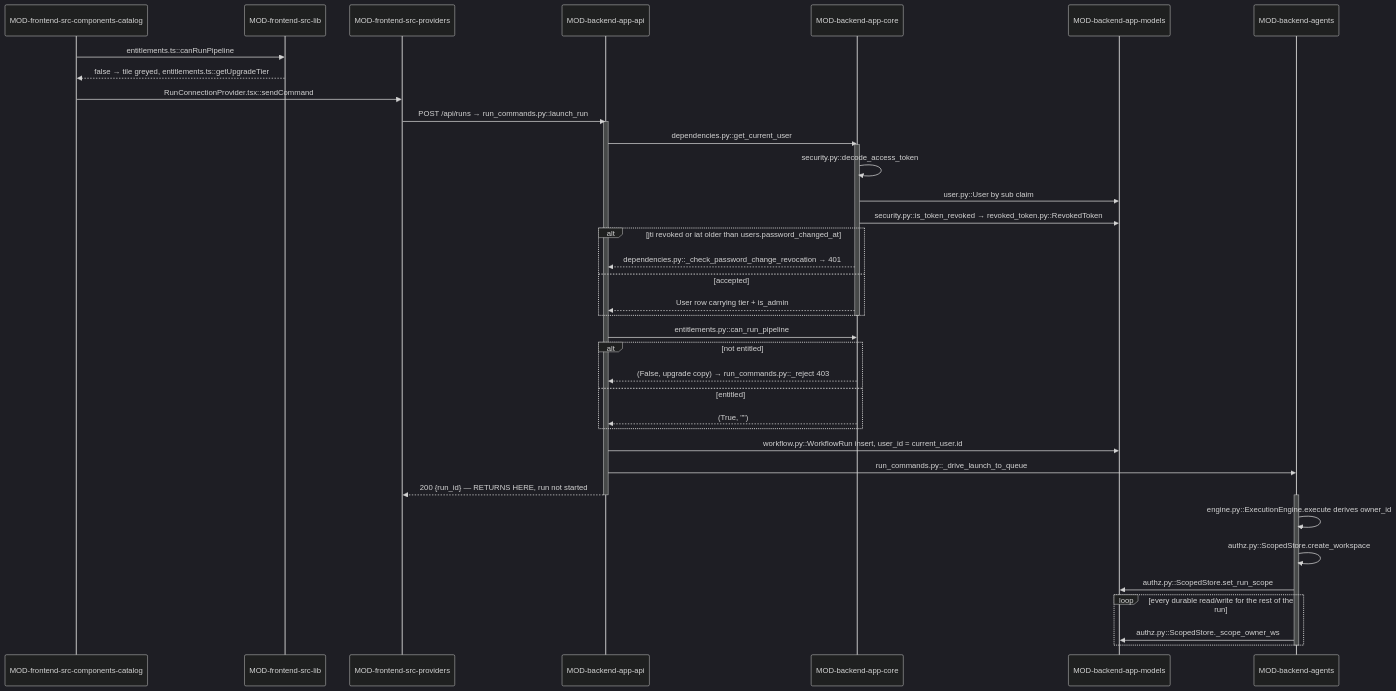
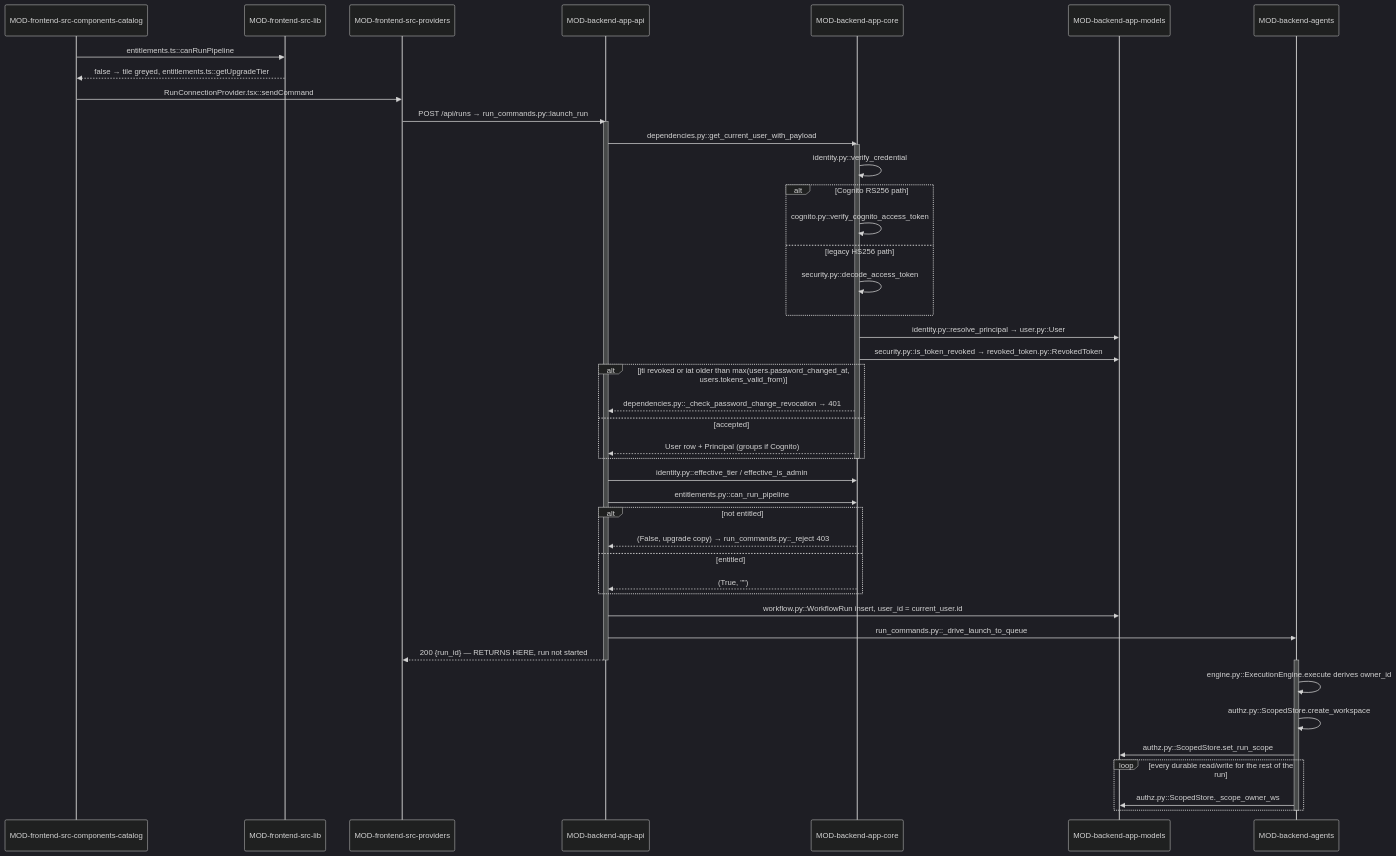
Before and after one commit to prateek-sinha7/IdeaFlowAI: the second of 2 diagrams in .knowledge/architecture/DOMAIN-auth-and-entitlements.md, drawn with Mermaid (dark theme). The commit also changed other lines of this file and 43 other files, not shown here.

First line of the commit message:
knowledge: reconcile with dev merge — sync, diagrams, card renumbering

````diff
--- a/.knowledge/architecture/DOMAIN-auth-and-entitlements.md
+++ b/.knowledge/architecture/DOMAIN-auth-and-entitlements.md
@@ -216,45 +226,51 @@
 ```mermaid
 sequenceDiagram
     participant MOD-frontend-src-components-catalog
     participant MOD-frontend-src-lib
     participant MOD-frontend-src-providers
     participant MOD-backend-app-api
     participant MOD-backend-app-core
     participant MOD-backend-app-models
     participant MOD-backend-agents
 
     MOD-frontend-src-components-catalog->>MOD-frontend-src-lib: entitlements.ts::canRunPipeline
     MOD-frontend-src-lib-->>MOD-frontend-src-components-catalog: false → tile greyed, entitlements.ts::getUpgradeTier
     MOD-frontend-src-components-catalog->>MOD-frontend-src-providers: RunConnectionProvider.tsx::sendCommand
     MOD-frontend-src-providers->>MOD-backend-app-api: POST /api/runs → run_commands.py::launch_run
     activate MOD-backend-app-api
-    MOD-backend-app-api->>MOD-backend-app-core: dependencies.py::get_current_user
+    MOD-backend-app-api->>MOD-backend-app-core: dependencies.py::get_current_user_with_payload
     activate MOD-backend-app-core
-    MOD-backend-app-core->>MOD-backend-app-core: security.py::decode_access_token
-    MOD-backend-app-core->>MOD-backend-app-models: user.py::User by sub claim
+    MOD-backend-app-core->>MOD-backend-app-core: identity.py::verify_credential
+    alt Cognito RS256 path
+        MOD-backend-app-core->>MOD-backend-app-core: cognito.py::verify_cognito_access_token
+    else legacy HS256 path
+        MOD-backend-app-core->>MOD-backend-app-core: security.py::decode_access_token
+    end
+    MOD-backend-app-core->>MOD-backend-app-models: identity.py::resolve_principal → user.py::User
     MOD-backend-app-core->>MOD-backend-app-models: security.py::is_token_revoked → revoked_token.py::RevokedToken
-    alt jti revoked or iat older than users.password_changed_at
+    alt jti revoked or iat older than max(users.password_changed_at, users.tokens_valid_from)
         MOD-backend-app-core-->>MOD-backend-app-api: dependencies.py::_check_password_change_revocation → 401
     else accepted
-        MOD-backend-app-core-->>MOD-backend-app-api: User row carrying tier + is_admin
+        MOD-backend-app-core-->>MOD-backend-app-api: User row + Principal (groups if Cognito)
     end
     deactivate MOD-backend-app-core
+    MOD-backend-app-api->>MOD-backend-app-core: identity.py::effective_tier / effective_is_admin
     MOD-backend-app-api->>MOD-backend-app-core: entitlements.py::can_run_pipeline
     alt not entitled
         MOD-backend-app-core-->>MOD-backend-app-api: (False, upgrade copy) → run_commands.py::_reject 403
     else entitled
         MOD-backend-app-core-->>MOD-backend-app-api: (True, "")
     end
     MOD-backend-app-api->>MOD-backend-app-models: workflow.py::WorkflowRun insert, user_id = current_user.id
     MOD-backend-app-api->>MOD-backend-agents: run_commands.py::_drive_launch_to_queue
     MOD-backend-app-api-->>MOD-frontend-src-providers: 200 {run_id} — RETURNS HERE, run not started
     deactivate MOD-backend-app-api
     activate MOD-backend-agents
     MOD-backend-agents->>MOD-backend-agents: engine.py::ExecutionEngine.execute derives owner_id
     MOD-backend-agents->>MOD-backend-agents: authz.py::ScopedStore.create_workspace
     MOD-backend-agents->>MOD-backend-app-models: authz.py::ScopedStore.set_run_scope
     loop every durable read/write for the rest of the run
         MOD-backend-agents->>MOD-backend-app-models: authz.py::ScopedStore._scope_owner_ws
     end
     deactivate MOD-backend-agents
 ```
````
